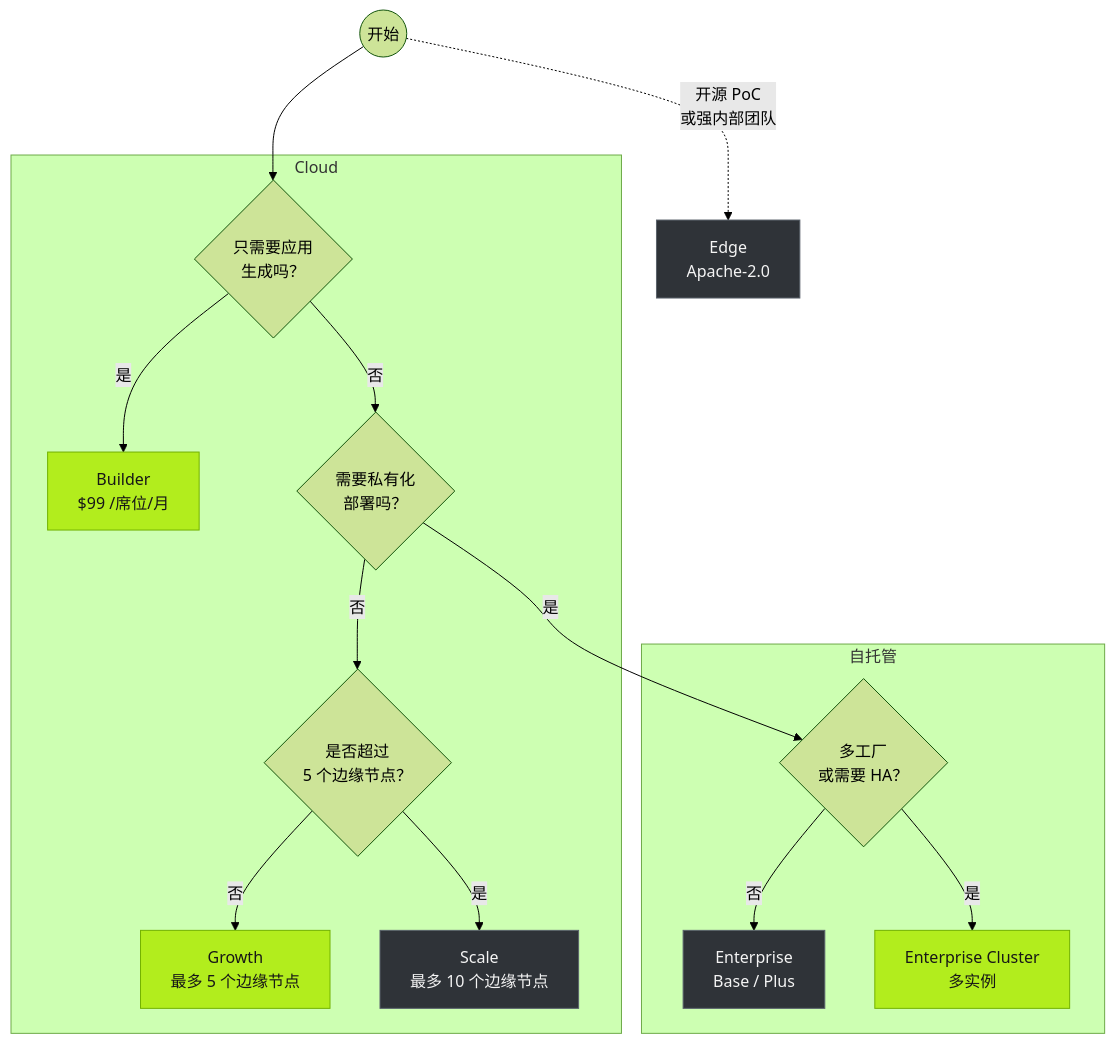
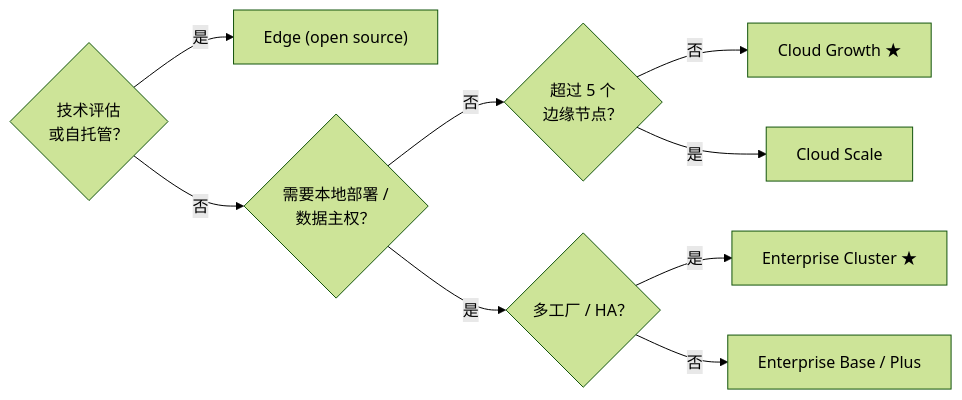
Before and after one commit to FREEZONEX/Tier0-docs-site: the diagram in src/content/docs/zh-cn/get-started/choosing-version.mdx, drawn with Mermaid (forest theme). The commit also changed other lines of this file and 19 other files, not shown here.

````diff
--- a/src/content/docs/zh-cn/get-started/choosing-version.mdx
+++ b/src/content/docs/zh-cn/get-started/choosing-version.mdx
@@ -119,25 +135,12 @@
 ```mermaid
-flowchart TD
-  start(("开始")) --> appOnly{"只需要应用<br/>生成吗？"}
-
-  subgraph cloud["Cloud"]
-    appOnly -- "是" --> builder["Builder<br/>$99 /席位/月"]
-    appOnly -- "否" --> selfHost{"需要私有化<br/>部署吗？"}
-    selfHost -- "否" --> edgeCount{"是否超过<br/>5 个边缘节点？"}
-    edgeCount -- "否" --> growth["Growth<br/>最多 5 个边缘节点"]
-    edgeCount -- "是" --> scale["Scale<br/>最多 10 个边缘节点"]
-  end
-
-  subgraph selfManaged["自托管"]
-    selfHost -- "是" --> multiSite{"多工厂<br/>或需要 HA？"}
-    multiSite -- "否" --> basePlus["Enterprise<br/>Base / Plus"]
-    multiSite -- "是" --> cluster["Enterprise Cluster<br/>多实例"]
-  end
-
-  start -. "开源 PoC<br/>或强内部团队" .-> edge["Edge<br/>Apache-2.0"]
-
-  classDef t0accent fill:#B2ED1D,stroke:#73B200,color:#171717
-  classDef t0muted fill:#2f3338,stroke:#5a626b,color:#f4f4f4
-  class builder,growth,cluster t0accent
-  class edge,scale,basePlus t0muted
+flowchart LR
+  q1{"技术评估<br/>或自托管？"} -- "是" --> edge["Edge (open source)"]
+  q1 -- "否" --> q2{"需要本地部署 /<br/>数据主权？"}
+  q2 -- "否" --> q3{"超过 5 个<br/>边缘节点？"}
+  q2 -- "是" --> q4{"多工厂 / HA？"}
+  q3 -- "否" --> growth["Cloud Growth ★"]
+  q3 -- "是" --> scale["Cloud Scale"]
+  q4 -- "是" --> cluster["Enterprise Cluster ★"]
+  q4 -- "否" --> baseplus["Enterprise Base / Plus"]
+  class growth,cluster t0accent
 ```
````
